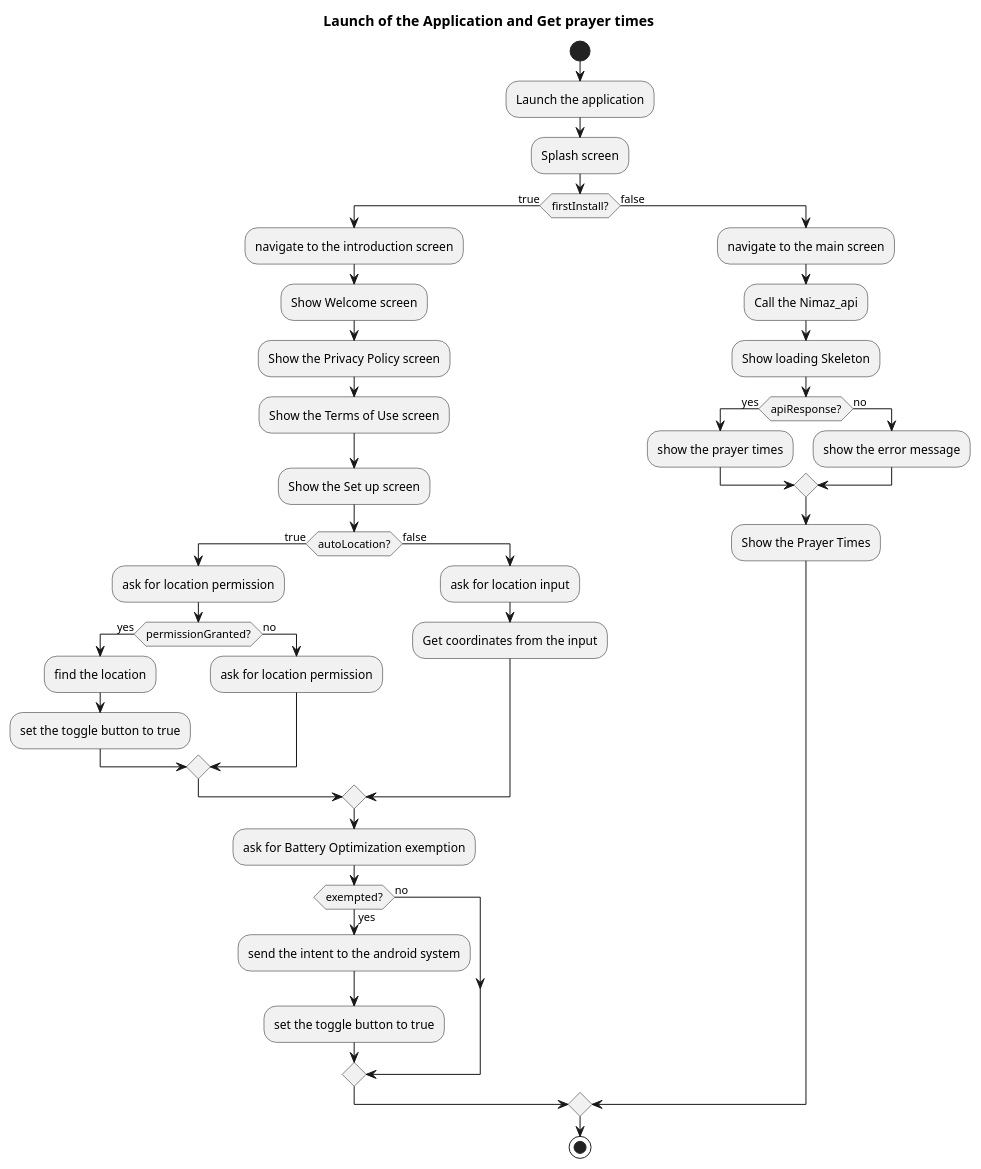
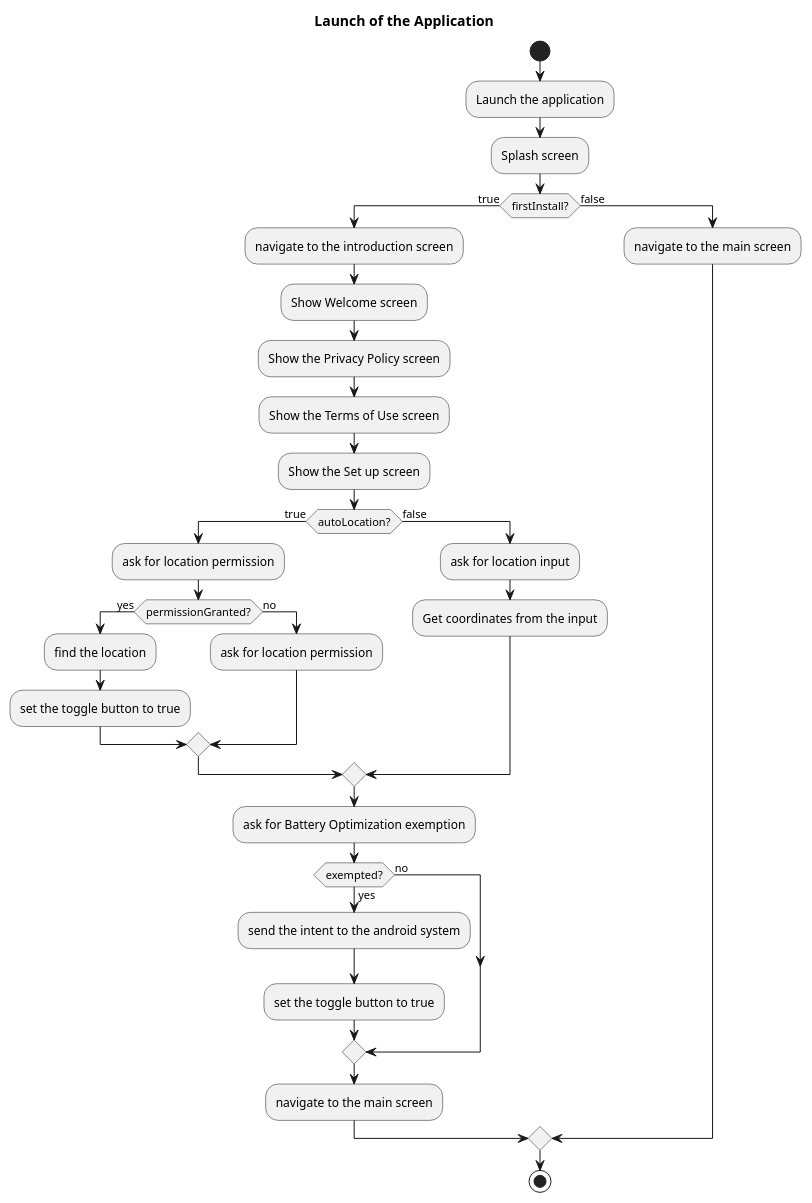
The diagram in app/src/main/java/com/arshadshah/nimaz/diagrams/FlowChart/Applicationlaunch.puml (arshad-shah/Nimaz), drawn with PlantUML before and after one commit. The commit also changed 119 other files, not shown here.

```diff
--- a/app/src/main/java/com/arshadshah/nimaz/diagrams/FlowChart/Applicationlaunch.puml
+++ b/app/src/main/java/com/arshadshah/nimaz/diagrams/FlowChart/Applicationlaunch.puml
@@ -1,43 +1,36 @@
 @startuml
 'https://plantuml.com/activity-diagram-beta
-title Launch of the Application and Get prayer times
+title Launch of the Application
 start
 :Launch the application;
 :Splash screen;
 if (firstInstall?) then (true)
     :navigate to the introduction screen;
     :Show Welcome screen;
     :Show the Privacy Policy screen;
     :Show the Terms of Use screen;
     :Show the Set up screen;
     if(autoLocation?) then (true)
      :ask for location permission;
      if (permissionGranted?) then (yes)
      :find the location;
      :set the toggle button to true;
      else (no)
         :ask for location permission;
      endif
     else (false)
     :ask for location input;
     :Get coordinates from the input;
     endif
     :ask for Battery Optimization exemption;
     if (exempted?) then (yes)
     :send the intent to the android system;
     :set the toggle button to true;
     else (no)
     endif
+    :navigate to the main screen;
 else (false)
 :navigate to the main screen;
-:Call the Nimaz_api;
-:Show loading Skeleton;
-if(apiResponse?) then (yes)
-    :show the prayer times;
-else (no)
-    :show the error message;
-endif
-:Show the Prayer Times;
 endif
 stop
 @enduml
```
